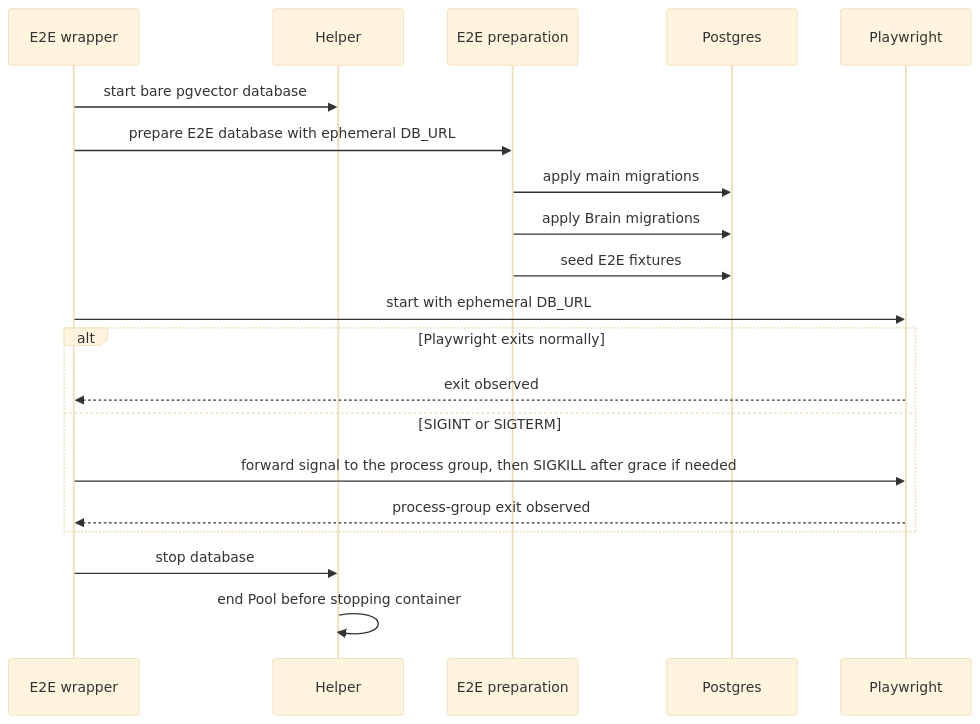
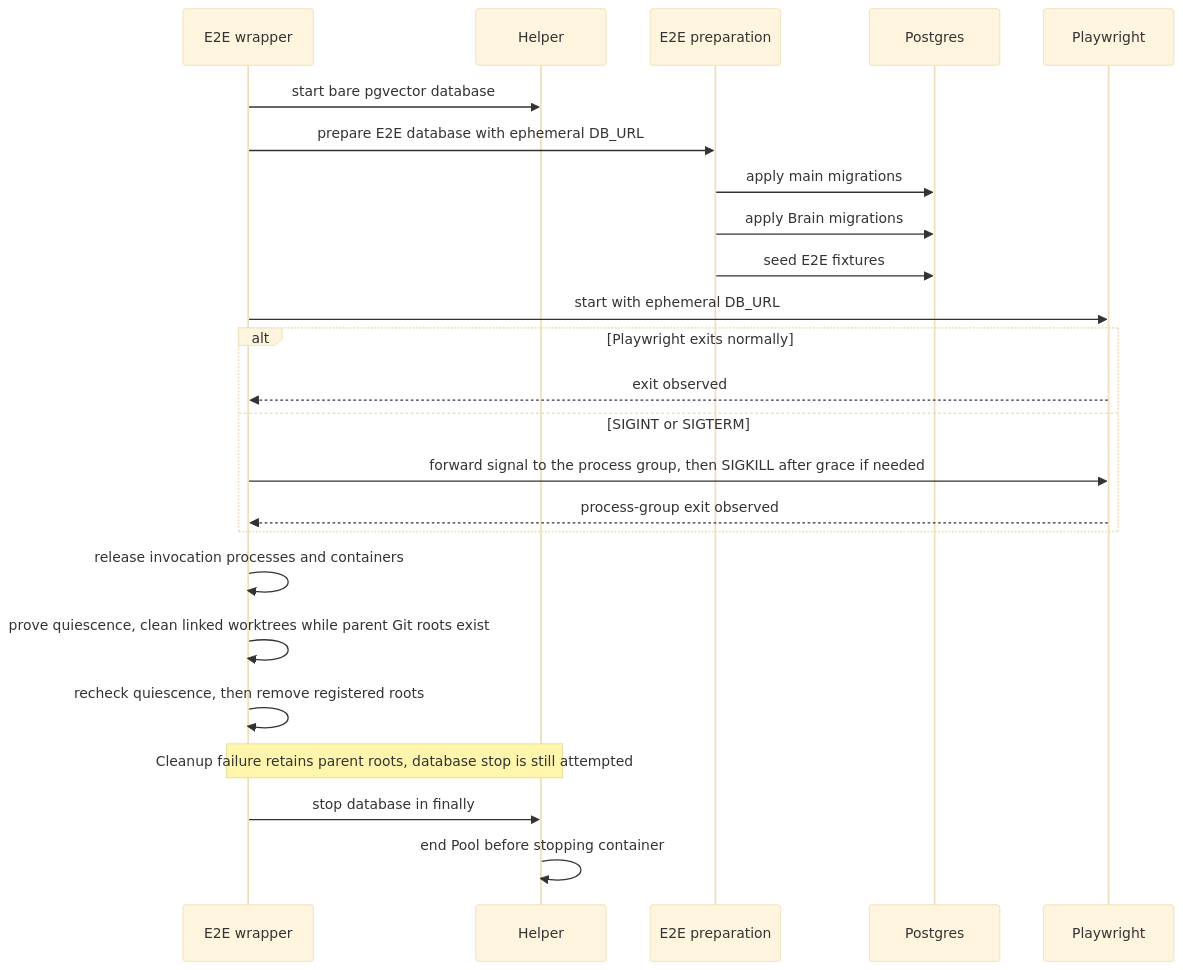
Before and after one commit to maister-dev/maister: the third of 6 diagrams in docs/system-analytics/test-infrastructure.md, drawn with Mermaid (base theme). The commit also changed other lines of this file and 11 other files, not shown here.

Commit message:
test: retire E2E process owners before removing Git roots

````diff
--- a/docs/system-analytics/test-infrastructure.md
+++ b/docs/system-analytics/test-infrastructure.md
@@ -87,22 +89,26 @@
 ```mermaid
 sequenceDiagram
   participant Wrapper as E2E wrapper
   participant Helper
   participant Preparation as E2E preparation
   participant Postgres
   participant Playwright
   Wrapper->>Helper: start bare pgvector database
   Wrapper->>Preparation: prepare E2E database with ephemeral DB_URL
   Preparation->>Postgres: apply main migrations
   Preparation->>Postgres: apply Brain migrations
   Preparation->>Postgres: seed E2E fixtures
   Wrapper->>Playwright: start with ephemeral DB_URL
   alt Playwright exits normally
     Playwright-->>Wrapper: exit observed
   else SIGINT or SIGTERM
     Wrapper->>Playwright: forward signal to the process group, then SIGKILL after grace if needed
     Playwright-->>Wrapper: process-group exit observed
   end
-  Wrapper->>Helper: stop database
+  Wrapper->>Wrapper: release invocation processes and containers
+  Wrapper->>Wrapper: prove quiescence, clean linked worktrees while parent Git roots exist
+  Wrapper->>Wrapper: recheck quiescence, then remove registered roots
+  Note over Wrapper,Helper: Cleanup failure retains parent roots, database stop is still attempted
+  Wrapper->>Helper: stop database in finally
   Helper->>Helper: end Pool before stopping container
 ```
````
